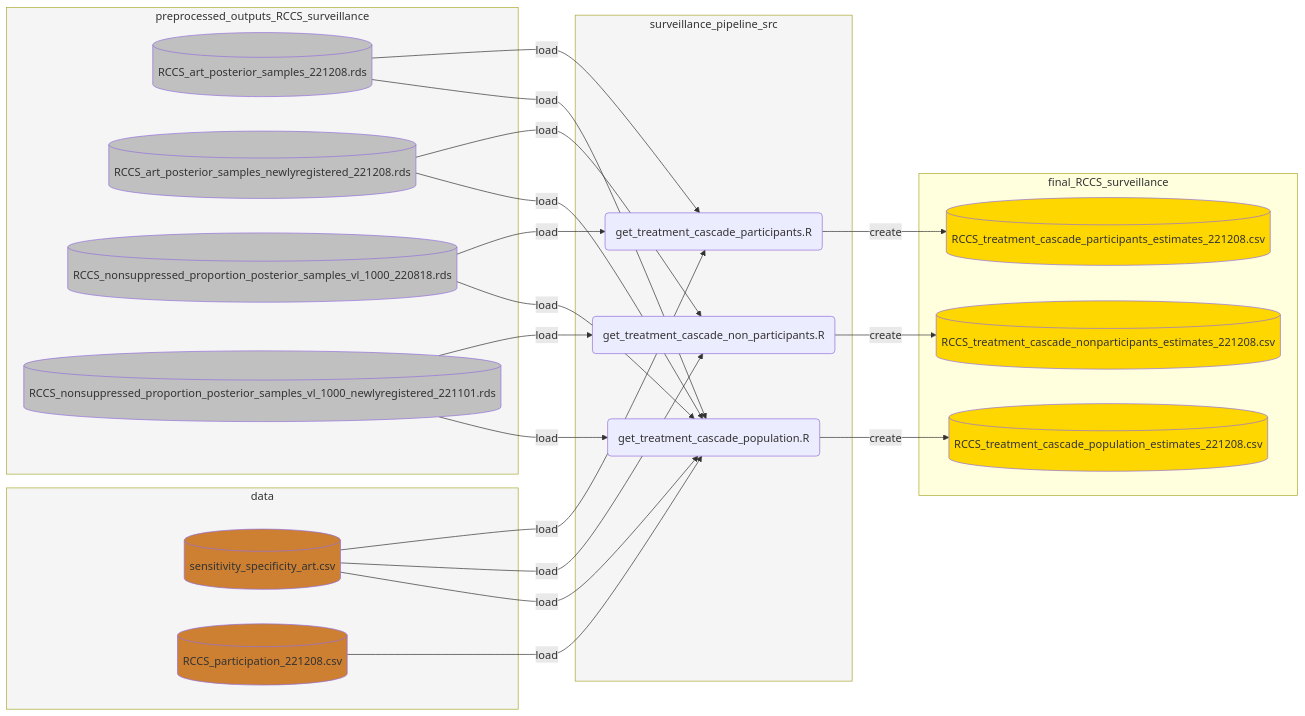
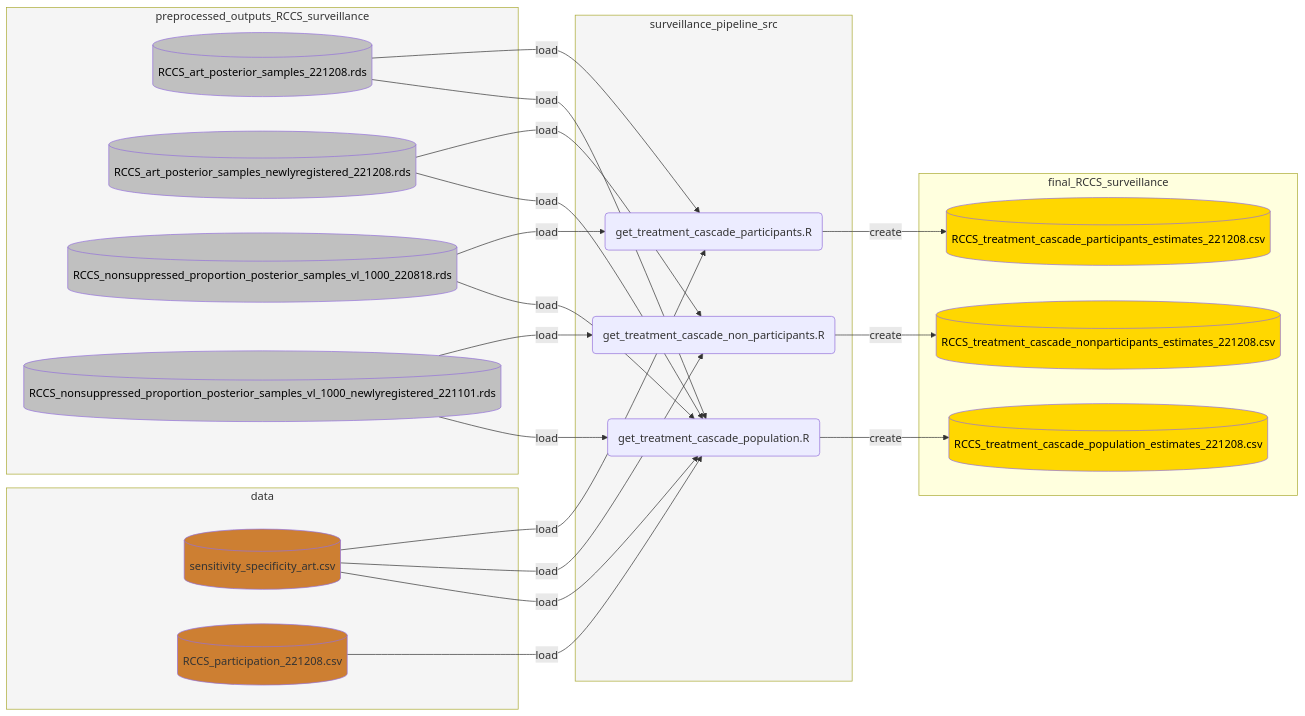
The second of 3 diagrams in docs/README.md (MLGlobalHealth/phyloSI-RakaiAgeGender), drawn with Mermaid before and after one commit. The commit also changed other lines of this file, not shown here.

````diff
--- a/docs/README.md
+++ b/docs/README.md
@@ -69,59 +75,68 @@
 ```mermaid
   flowchart LR
     subgraph data
       d3[(sensitivity_specificity_art.csv)]
       d1[(RCCS_participation_221208.csv)]
     end
     style d1 fill:#CD7F32
     style d3 fill:#CD7F32
     style data fill:#F5F5F5
 
     subgraph surveillance_pipeline_src
       r_part(get_treatment_cascade_participants.R)
       r_npart(get_treatment_cascade_non_participants.R)
       r_pop(get_treatment_cascade_population.R)
     end
     style surveillance_pipeline_src fill:#F5F5F5
 
     subgraph preprocessed_outputs_RCCS_surveillance
       f_art_post[(RCCS_art_posterior_samples_221208.rds)]
       f_art_post_new[(RCCS_art_posterior_samples_newlyregistered_221208.rds)]
       f_nsup_prop_post[(RCCS_nonsuppressed_proportion_posterior_samples_vl_1000_220818.rds)]
       f_nsup_prop_post_new[(RCCS_nonsuppressed_proportion_posterior_samples_vl_1000_newlyregistered_221101.rds)]
     end
     
     subgraph final_RCCS_surveillance
       f_part_est[(RCCS_treatment_cascade_participants_estimates_221208.csv)]
       f_npart_est[(RCCS_treatment_cascade_nonparticipants_estimates_221208.csv)]
       f_pop_est[(RCCS_treatment_cascade_population_estimates_221208.csv)]
     end
 
+    style f_nsup_prop_post color:#000000
+    style f_art_post color:#000000
+    style f_nsup_prop_post_new color:#000000
+    style f_art_post_new color:#000000
     style f_nsup_prop_post fill:#C0C0C0
     style f_art_post fill:#C0C0C0
     style f_nsup_prop_post_new fill:#C0C0C0
     style f_art_post_new fill:#C0C0C0
+  
 
+
+    style f_pop_est color:#000000
+    style f_part_est color:#000000
+    style f_npart_est color:#000000
     style f_pop_est fill:#FFD700
     style f_part_est fill:#FFD700
     style f_npart_est fill:#FFD700
     
     style preprocessed_outputs_RCCS_surveillance fill:#F5F5F5
 
     f_art_post -- load --> r_part
     f_nsup_prop_post -- load --> r_part
     d3 -- load --> r_part
     r_part -- create --> f_part_est
 
     f_art_post_new -- load --> r_npart
     f_nsup_prop_post_new -- load --> r_npart
     d3 -- load --> r_npart
     r_npart -- create --> f_npart_est
 
     d1 -- load --> r_pop
     f_art_post -- load --> r_pop
     f_nsup_prop_post -- load --> r_pop
     f_art_post_new -- load --> r_pop
     f_nsup_prop_post_new -- load --> r_pop
     d3 -- load --> r_pop
     r_pop -- create --> f_pop_est
 ```
````
